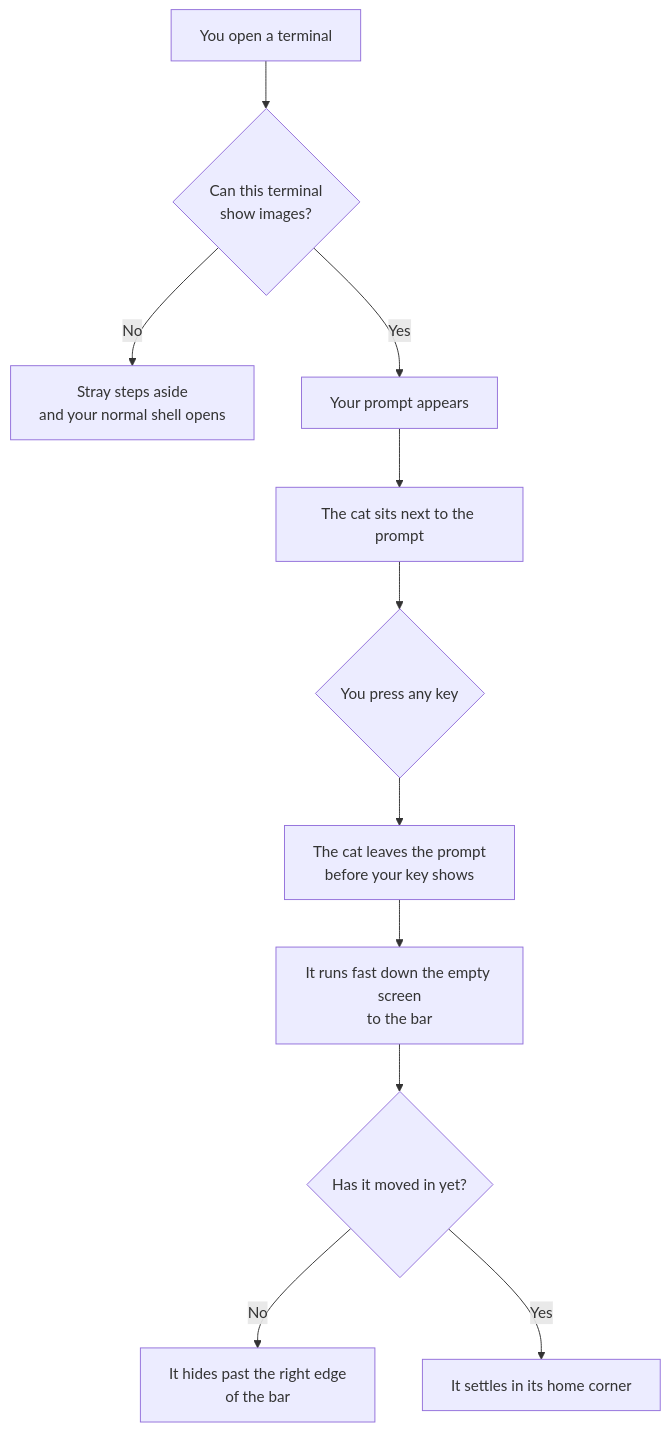
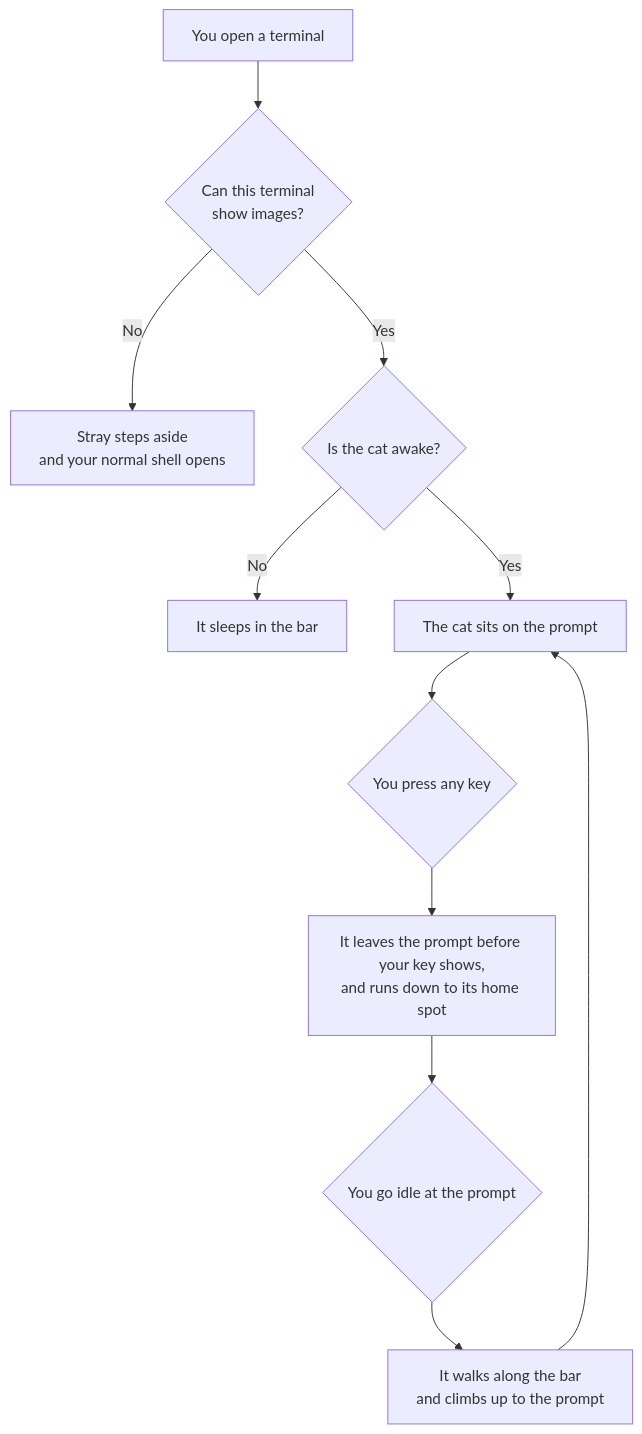
Before and after one commit to ado11231/stray: the diagram in docs/DESIGN.md, drawn with Mermaid. The commit also changed other lines of this file and 3 other files, not shown here.

````diff
--- a/docs/DESIGN.md
+++ b/docs/DESIGN.md
@@ -76,13 +74,13 @@
 ```mermaid
 flowchart TD
     Open["You open a terminal"] --> Check{"Can this terminal<br/>show images?"}
     Check -->|No| Aside["Stray steps aside<br/>and your normal shell opens"]
-    Check -->|Yes| Prompt["Your prompt appears"]
-    Prompt --> Sit["The cat sits next to the prompt"]
+    Check -->|Yes| Awake{"Is the cat awake?"}
+    Awake -->|No| Bed["It sleeps in the bar"]
+    Awake -->|Yes| Sit["The cat sits on the prompt"]
     Sit --> Key{"You press any key"}
-    Key --> Erase["The cat leaves the prompt<br/>before your key shows"]
-    Erase --> Run["It runs fast down the empty screen<br/>to the bar"]
-    Run --> Stage{"Has it moved in yet?"}
-    Stage -->|No| Hide["It hides past the right edge<br/>of the bar"]
-    Stage -->|Yes| Home["It settles in its home corner"]
+    Key --> Run["It leaves the prompt before your key shows,<br/>and runs down to its home spot"]
+    Run --> Idle{"You go idle at the prompt"}
+    Idle --> Climb["It walks along the bar<br/>and climbs up to the prompt"]
+    Climb --> Sit
 ```
````
